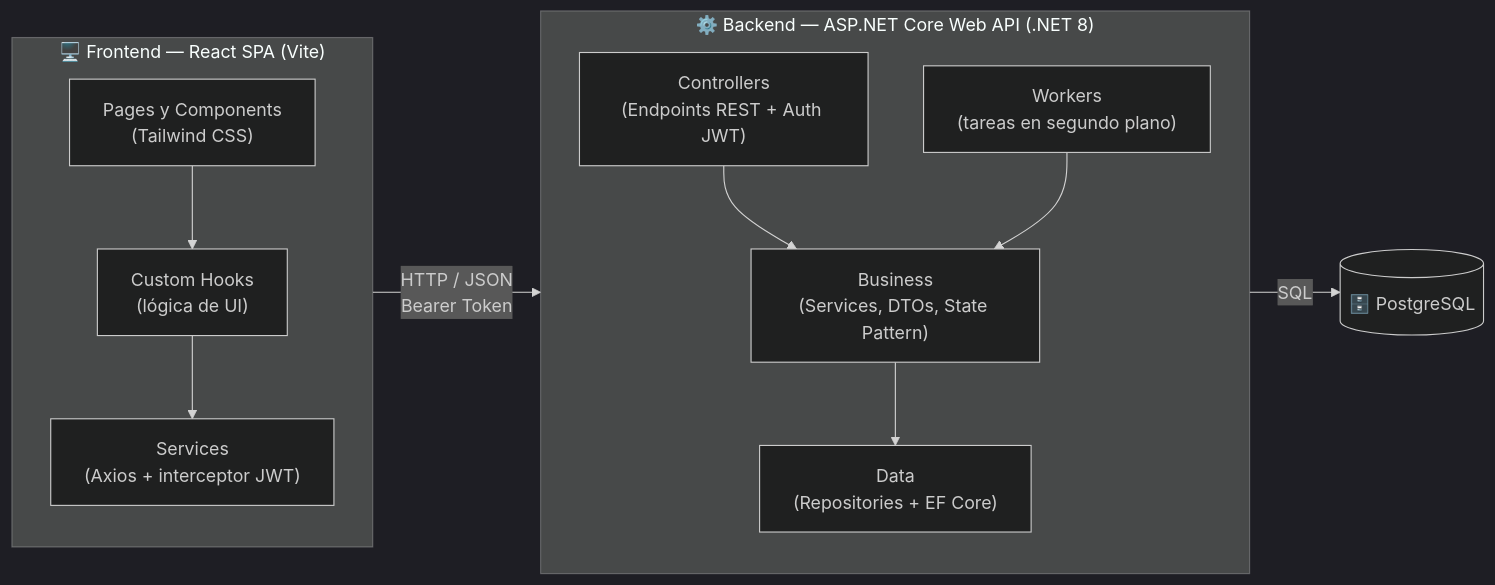
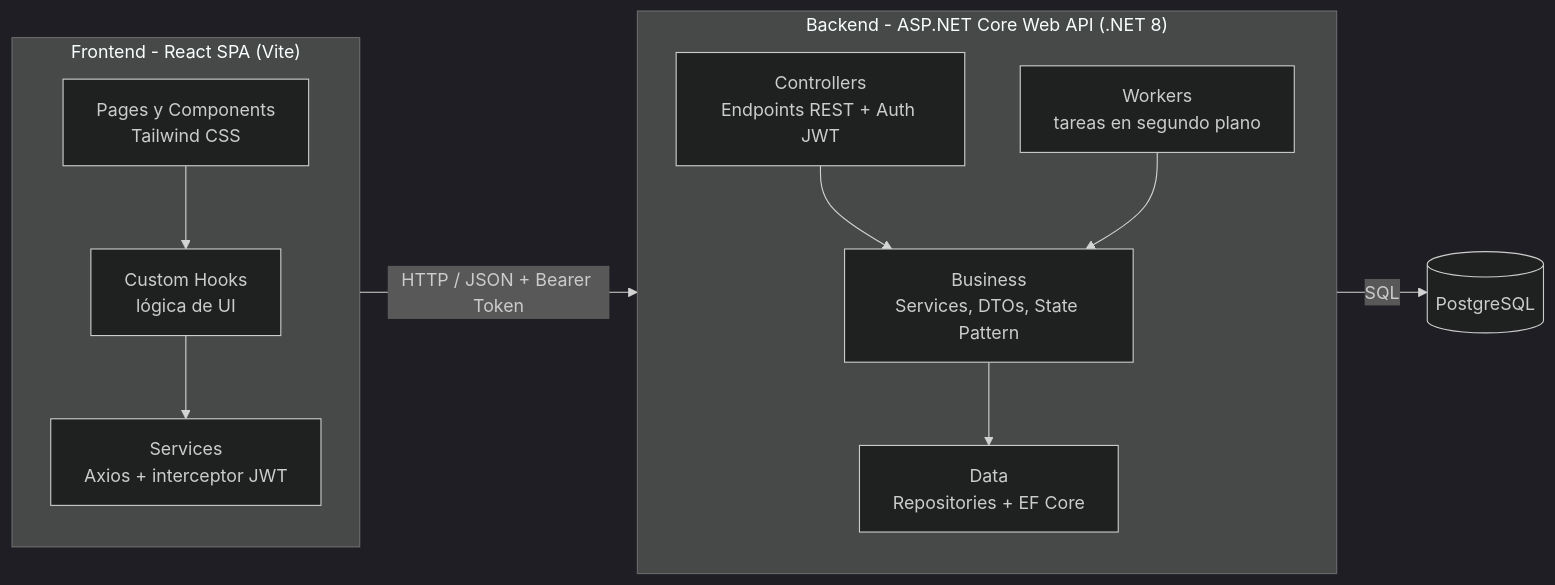
One commit to TFacund0/Clinicks-Web changed the diagram in README.md. Above: the diagram before and after it, drawn with Mermaid (dark theme).

Commit message:
fix(docs): corregir sintaxis del diagrama Mermaid

````diff
--- a/README.md
+++ b/README.md
@@ -60,25 +60,27 @@
 ```mermaid
 flowchart LR
-    subgraph Cliente["🖥️ Frontend — React SPA (Vite)"]
+    subgraph Cliente["Frontend - React SPA (Vite)"]
         direction TB
-        UI["Pages y Components<br/>(Tailwind CSS)"]
-        HOOKS["Custom Hooks<br/>(lógica de UI)"]
-        SVC["Services<br/>(Axios + interceptor JWT)"]
-        UI --> HOOKS --> SVC
+        UI["Pages y Components<br/>Tailwind CSS"]
+        HOOKS["Custom Hooks<br/>lógica de UI"]
+        SVC["Services<br/>Axios + interceptor JWT"]
+        UI --> HOOKS
+        HOOKS --> SVC
     end
 
-    subgraph Servidor["⚙️ Backend — ASP.NET Core Web API (.NET 8)"]
+    subgraph Servidor["Backend - ASP.NET Core Web API (.NET 8)"]
         direction TB
-        CTRL["Controllers<br/>(Endpoints REST + Auth JWT)"]
-        BIZ["Business<br/>(Services, DTOs, State Pattern)"]
-        DATA["Data<br/>(Repositories + EF Core)"]
-        WORK["Workers<br/>(tareas en segundo plano)"]
-        CTRL --> BIZ --> DATA
+        CTRL["Controllers<br/>Endpoints REST + Auth JWT"]
+        BIZ["Business<br/>Services, DTOs, State Pattern"]
+        DATA["Data<br/>Repositories + EF Core"]
+        WORK["Workers<br/>tareas en segundo plano"]
+        CTRL --> BIZ
+        BIZ --> DATA
         WORK --> BIZ
     end
 
-    DB[("🗄️ PostgreSQL")]
+    DB[("PostgreSQL")]
 
-    SVC -- "HTTP / JSON<br/>Bearer Token" --> CTRL
-    DATA -- "SQL" --> DB
+    SVC -->|"HTTP / JSON + Bearer Token"| CTRL
+    DATA -->|"SQL"| DB
 ```
````
